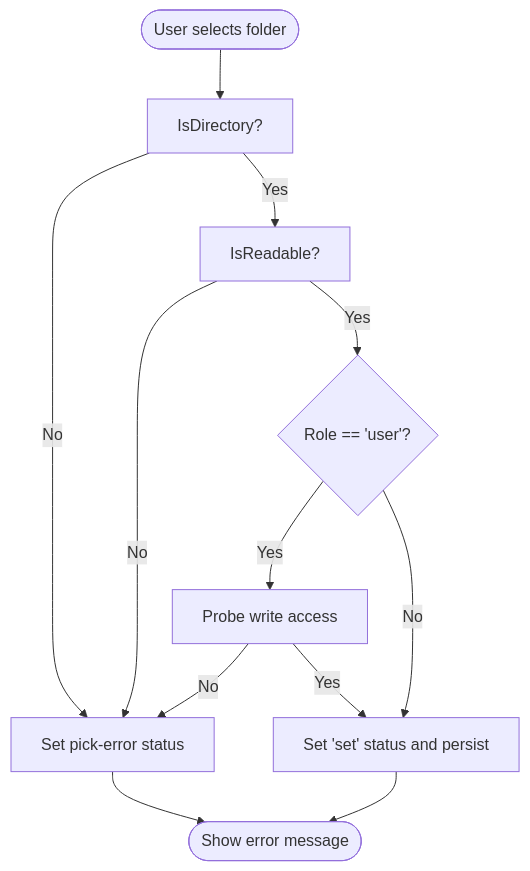
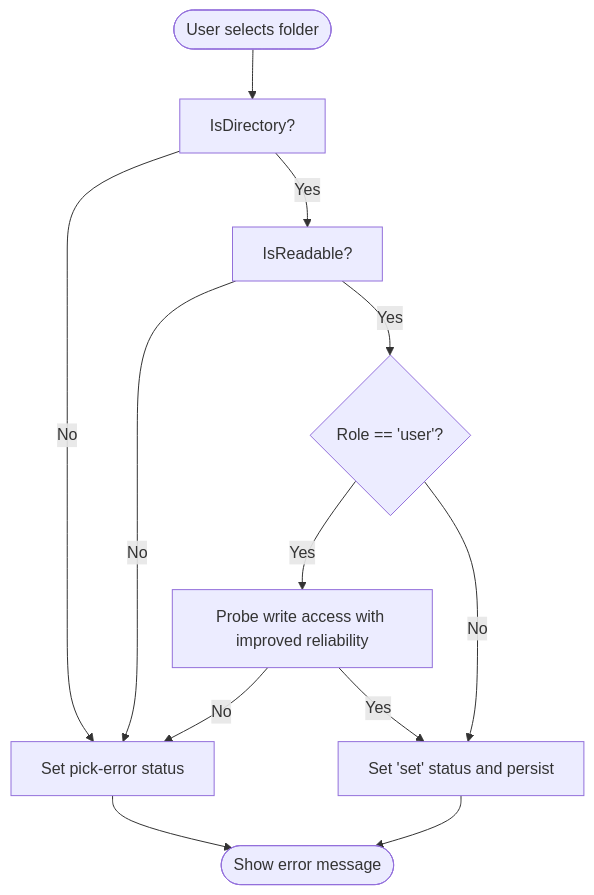
One commit to satyrlord/mixjam-electron changed the fifth of 11 diagrams in .qoder/repowiki/en/content/Session Management.md. Above: the diagram before and after it, drawn with Mermaid. The commit also changed other lines of this file and 104 other files, not shown here.

First line of the commit message:
fix(config): update markdownlint schema and cleanup ignored paths

````diff
--- a/.qoder/repowiki/en/content/Session Management.md
+++ b/.qoder/repowiki/en/content/Session Management.md
@@ -272,14 +246,14 @@
 ```mermaid
 flowchart TD
 Start(["User selects folder"]) --> IsDir["IsDirectory?"]
 IsDir --> |No| PickError["Set pick-error status"]
 IsDir --> |Yes| IsReadable["IsReadable?"]
 IsReadable --> |No| PickError
 IsReadable --> |Yes| RoleCheck{"Role == 'user'?"}
-RoleCheck --> |Yes| IsWritable["Probe write access"]
+RoleCheck --> |Yes| IsWritable["Probe write access with improved reliability"]
 IsWritable --> |No| PickError
 IsWritable --> |Yes| SetOK["Set 'set' status and persist"]
 RoleCheck --> |No| SetOK
 PickError --> End(["Show error message"])
 SetOK --> End
 ```
````
